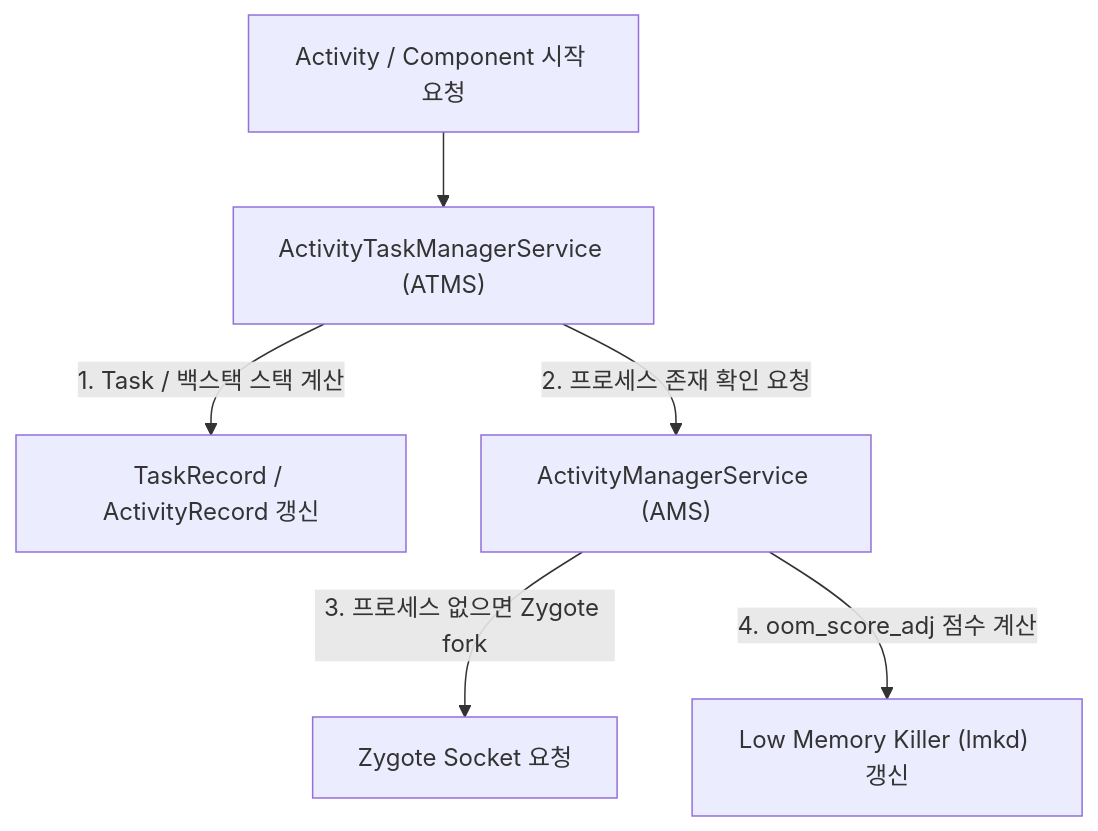
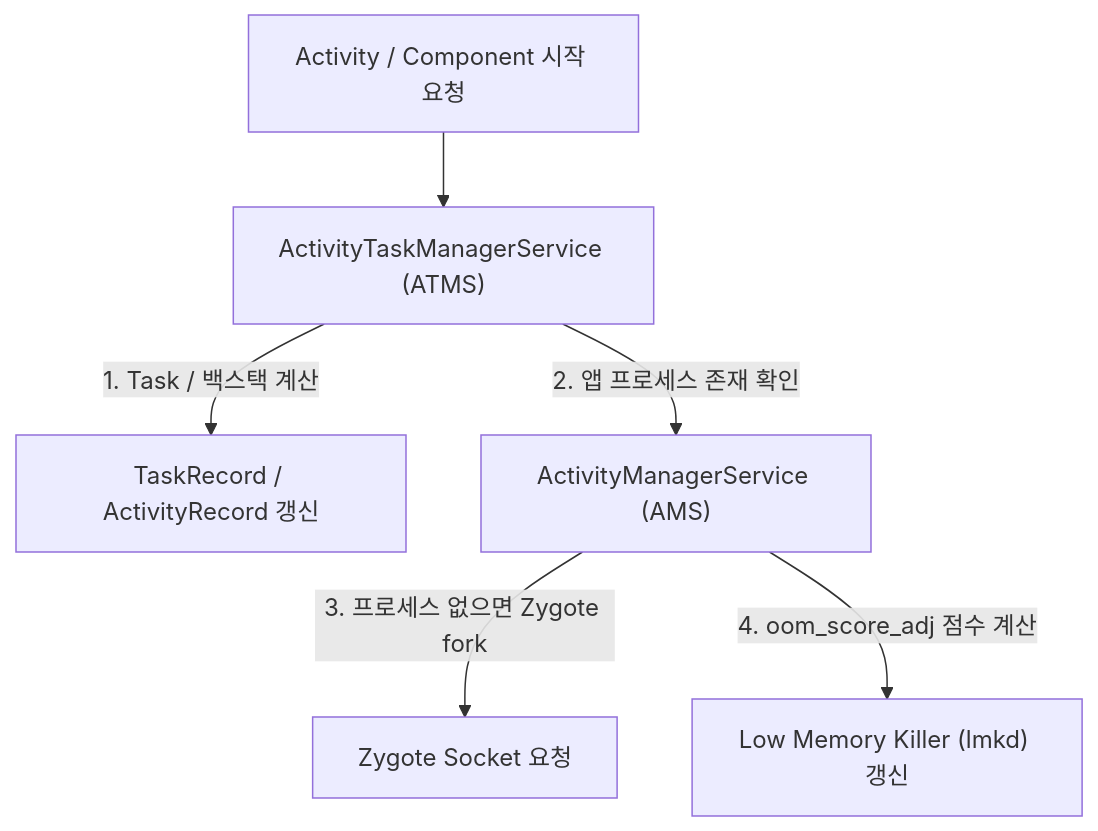
One commit to youngmin-gwon/what-i-studied changed the diagram in 01_inbox/mobile/android/04_system_services/activity-manager-service.md. Above: the diagram before and after it, drawn with Mermaid. The commit also changed other lines of this file and 33 other files, not shown here.

````diff
--- a/01_inbox/mobile/android/04_system_services/activity-manager-service.md
+++ b/01_inbox/mobile/android/04_system_services/activity-manager-service.md
@@ -25,8 +25,8 @@
 ```mermaid
 graph TD
     AppLaunch["Activity / Component 시작 요청"] --> ATMS["ActivityTaskManagerService (ATMS)"]
-    ATMS -->|"1. Task / 백스택 스택 계산"| StackMgmt["TaskRecord / ActivityRecord 갱신"]
-    ATMS -->|"2. 프로세스 존재 확인 요청"| AMS["ActivityManagerService (AMS)"]
+    ATMS -->|"1. Task / 백스택 계산"| StackMgmt["TaskRecord / ActivityRecord 갱신"]
+    ATMS -->|"2. 앱 프로세스 존재 확인"| AMS["ActivityManagerService (AMS)"]
     AMS -->|"3. 프로세스 없으면 Zygote fork"| Zygote["Zygote Socket 요청"]
     AMS -->|"4. oom_score_adj 점수 계산"| LMK["Low Memory Killer (lmkd) 갱신"]
 ```
````
